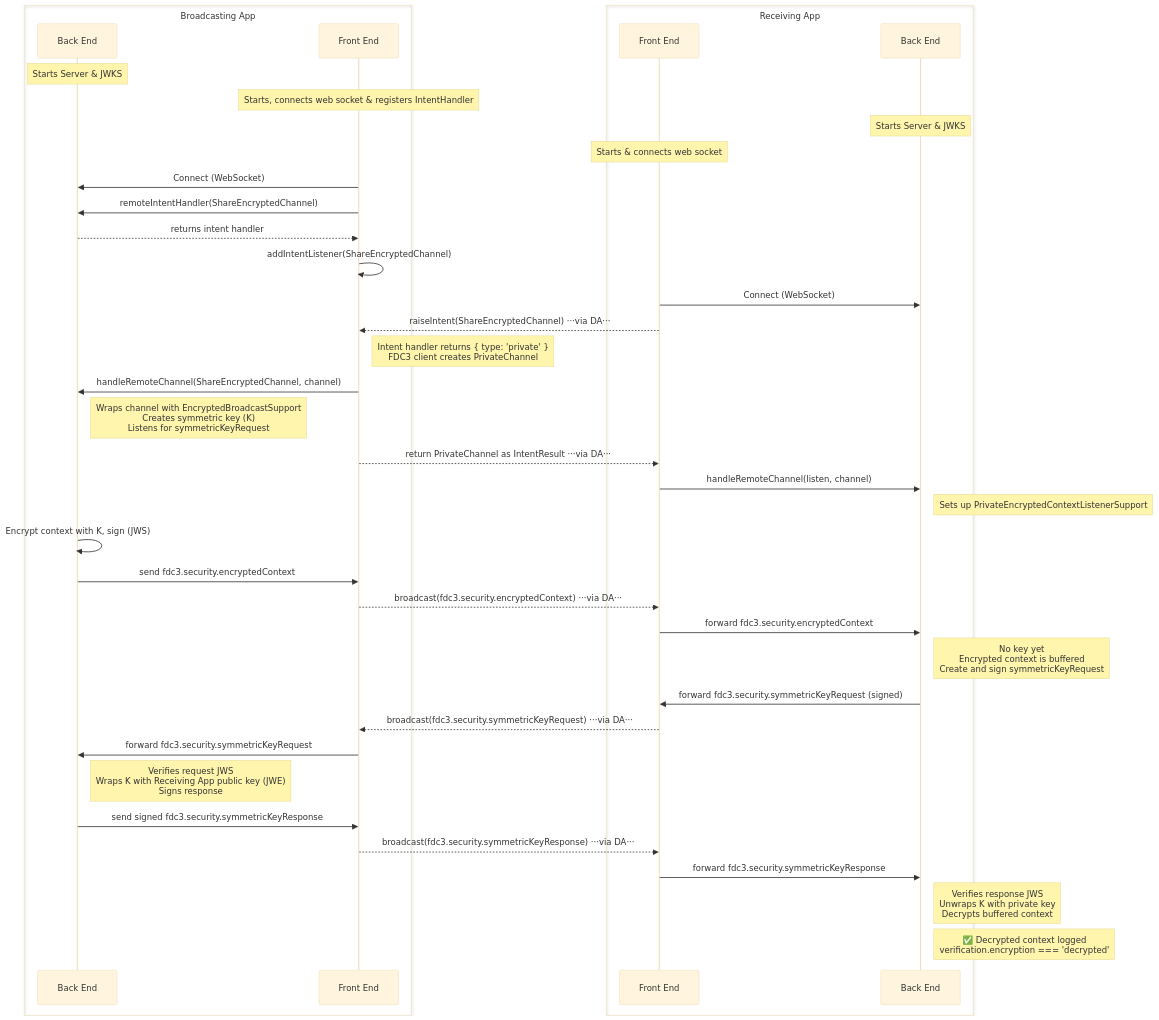
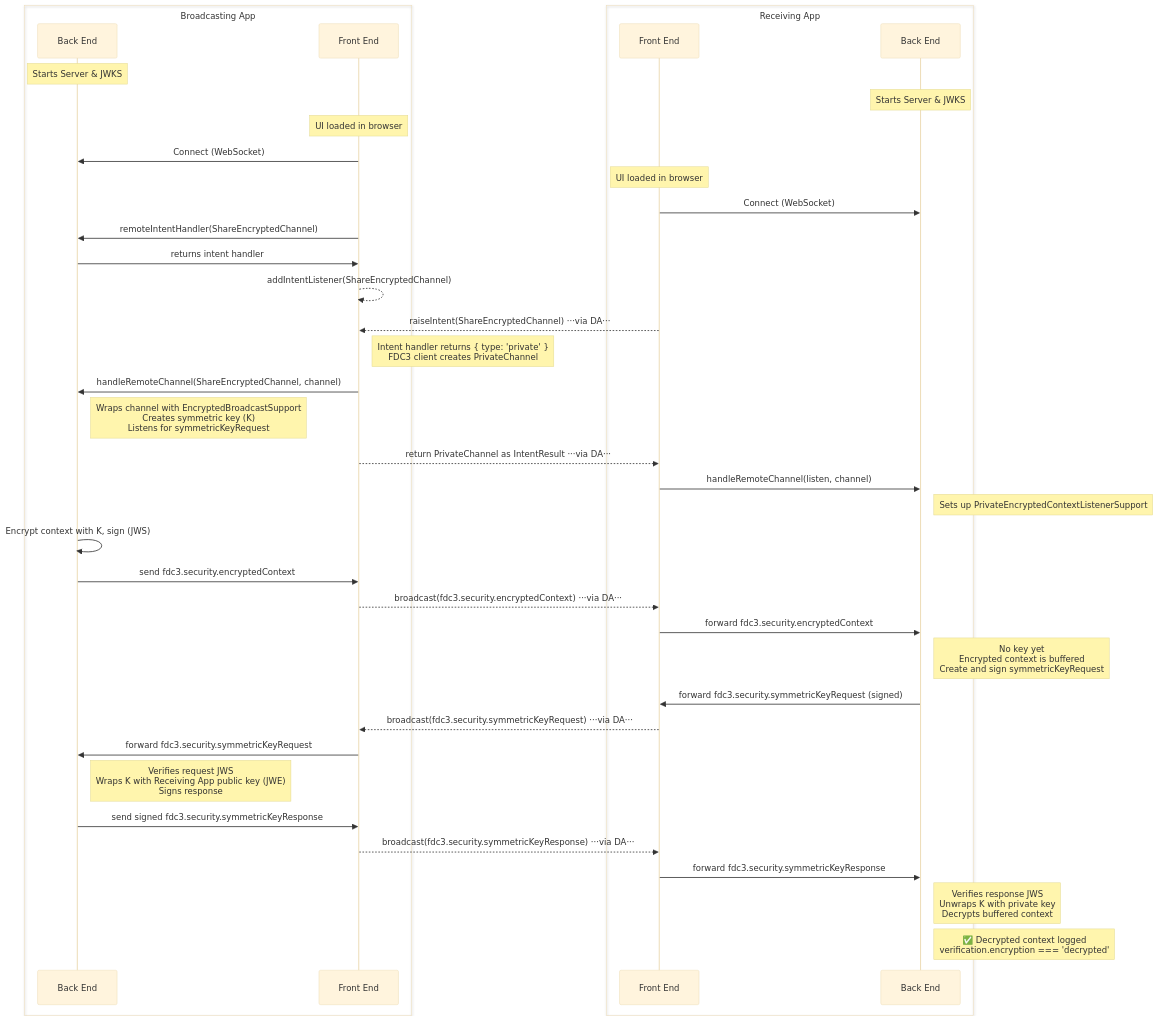
One commit to finos/FDC3 changed the first of 5 diagrams in packages/fdc3-security/samples/README.md. Above: the diagram before and after it, drawn with Mermaid (base theme). The commit also changed other lines of this file, not shown here.

Commit message:
reworking FDC3 security samples diagrams

````diff
--- a/packages/fdc3-security/samples/README.md
+++ b/packages/fdc3-security/samples/README.md
@@ -34,48 +34,50 @@
 ```mermaid
 sequenceDiagram
     box Broadcasting App
         participant BBE as Back End
         participant BFE as Front End
     end
     box Receiving App
         participant RFE as Front End
         participant RBE as Back End
     end
 
     Note over BBE: Starts Server & JWKS
-    Note over BFE: Starts, connects web socket & registers IntentHandler
     Note over RBE: Starts Server & JWKS
-    Note over RFE: Starts & connects web socket
+
+    Note over BFE: UI loaded in browser
+    BFE->>BBE: Connect (WebSocket)
     
-    BFE->>BBE: Connect (WebSocket)
+    Note over RFE: UI loaded in browser
+    RFE->>RBE: Connect (WebSocket)
+    
     BFE->>BBE: remoteIntentHandler(ShareEncryptedChannel)
-    BBE-->>BFE: returns intent handler
-    BFE->>BFE: addIntentListener(ShareEncryptedChannel)
+    BBE->>BFE: returns intent handler
+    BFE-->>BFE: addIntentListener(ShareEncryptedChannel)
 
-    RFE->>RBE: Connect (WebSocket)
     RFE-->>BFE: raiseIntent(ShareEncryptedChannel) ···via DA···
     Note right of BFE: Intent handler returns { type: 'private' }<br/>FDC3 client creates PrivateChannel
     BFE->>BBE: handleRemoteChannel(ShareEncryptedChannel, channel)
     Note right of BBE: Wraps channel with EncryptedBroadcastSupport<br/>Creates symmetric key (K)<br/>Listens for symmetricKeyRequest
     BFE-->>RFE: return PrivateChannel as IntentResult ···via DA···
 
     RFE->>RBE: handleRemoteChannel(listen, channel)
     Note right of RBE: Sets up PrivateEncryptedContextListenerSupport
 
     BBE->>BBE: Encrypt context with K, sign (JWS)
     BBE->>BFE: send fdc3.security.encryptedContext
     BFE-->>RFE: broadcast(fdc3.security.encryptedContext) ···via DA···
     RFE->>RBE: forward fdc3.security.encryptedContext
     Note right of RBE: No key yet<br/>Encrypted context is buffered<br/>Create and sign symmetricKeyRequest
 
     RBE->>RFE: forward fdc3.security.symmetricKeyRequest (signed)
     RFE-->>BFE: broadcast(fdc3.security.symmetricKeyRequest) ···via DA···
     BFE->>BBE: forward fdc3.security.symmetricKeyRequest
     Note right of BBE: Verifies request JWS<br/>Wraps K with Receiving App public key (JWE)<br/>Signs response
     BBE->>BFE: send signed fdc3.security.symmetricKeyResponse
     BFE-->>RFE: broadcast(fdc3.security.symmetricKeyResponse) ···via DA···
     RFE->>RBE: forward fdc3.security.symmetricKeyResponse
     Note right of RBE: Verifies response JWS<br/>Unwraps K with private key<br/>Decrypts buffered context
 
     Note right of RBE: ✅ Decrypted context logged<br/>verification.encryption === 'decrypted'
 ```
````
